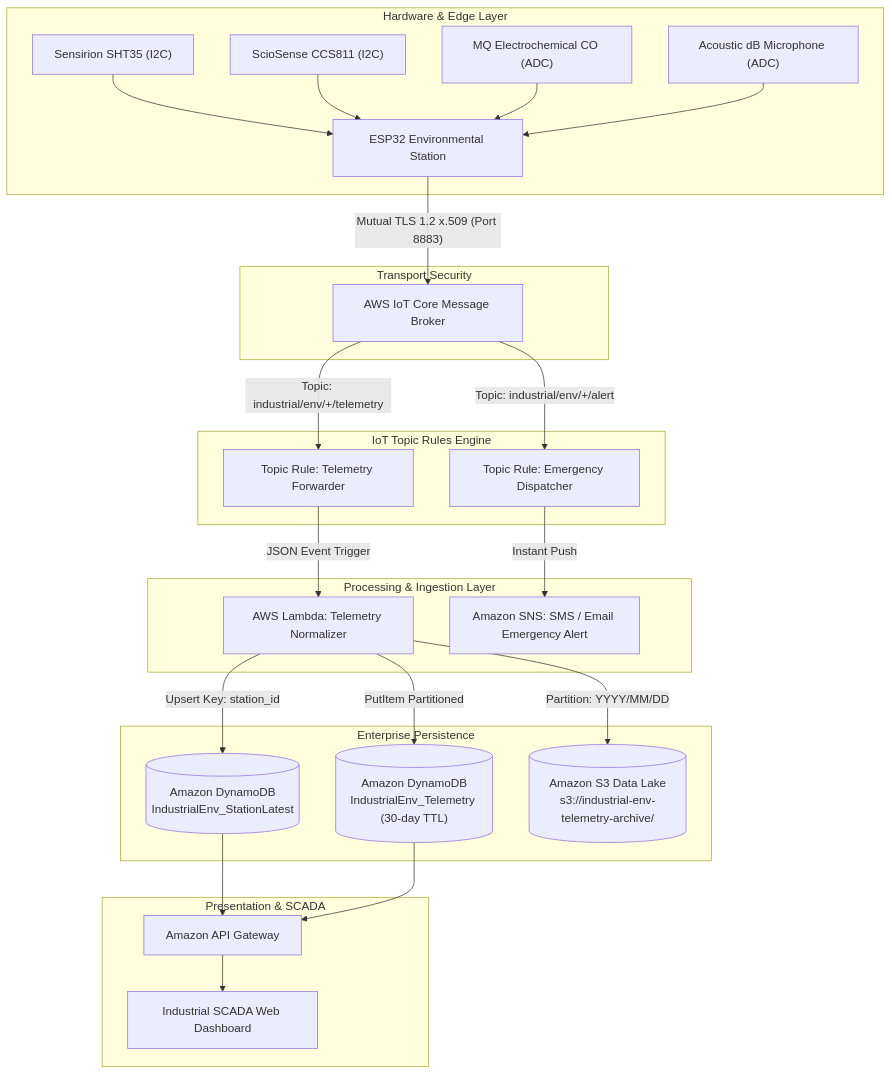
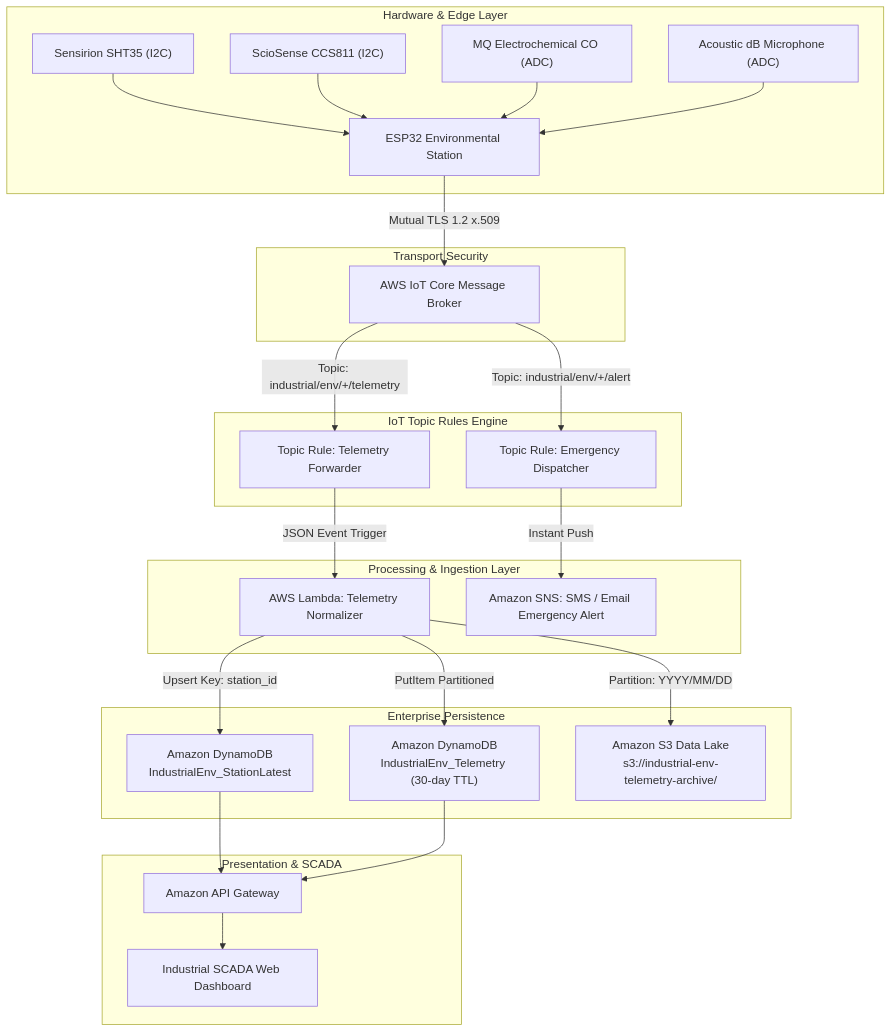
The diagram in cloud/ARCHITECTURE.md (kadirmercan00/industrial-env-monitor), drawn with Mermaid before and after one commit. The commit also changed 1 other file, not shown here.

Commit message:
fix(docs): fix mermaid diagram syntax for GitHub markdown parser

````diff
--- a/cloud/ARCHITECTURE.md
+++ b/cloud/ARCHITECTURE.md
@@ -9,41 +9,41 @@
 ```mermaid
 flowchart TD
     subgraph Edge ["Hardware & Edge Layer"]
         ESP32["ESP32 Environmental Station"]
         SHT35["Sensirion SHT35 (I2C)"]
         CCS811["ScioSense CCS811 (I2C)"]
         CO["MQ Electrochemical CO (ADC)"]
         MIC["Acoustic dB Microphone (ADC)"]
         
         SHT35 --> ESP32
         CCS811 --> ESP32
         CO --> ESP32
         MIC --> ESP32
     end
 
     subgraph Security ["Transport Security"]
-        ESP32 -->|"Mutual TLS 1.2 x.509 (Port 8883)"| AWS_IOT["AWS IoT Core Message Broker"]
+        ESP32 -->|"Mutual TLS 1.2 x.509"| AWS_IOT["AWS IoT Core Message Broker"]
     end
 
     subgraph Rules ["IoT Topic Rules Engine"]
         AWS_IOT -->|"Topic: industrial/env/+/telemetry"| RULE1["Topic Rule: Telemetry Forwarder"]
         AWS_IOT -->|"Topic: industrial/env/+/alert"| RULE2["Topic Rule: Emergency Dispatcher"]
     end
 
     subgraph Serverless ["Processing & Ingestion Layer"]
         RULE1 -->|"JSON Event Trigger"| LAMBDA["AWS Lambda: Telemetry Normalizer"]
         RULE2 -->|"Instant Push"| SNS_EMERGENCY["Amazon SNS: SMS / Email Emergency Alert"]
     end
 
     subgraph Storage ["Enterprise Persistence"]
-        LAMBDA -->|"PutItem Partitioned"| DYNAMO_TS[("Amazon DynamoDB\nIndustrialEnv_Telemetry (30-day TTL)")]
-        LAMBDA -->|"Upsert Key: station_id"| DYNAMO_LATEST[("Amazon DynamoDB\nIndustrialEnv_StationLatest")]
-        LAMBDA -->|"Partition: YYYY/MM/DD"| S3_COLD[("Amazon S3 Data Lake\ns3://industrial-env-telemetry-archive/")]
+        LAMBDA -->|"PutItem Partitioned"| DYNAMO_TS["Amazon DynamoDB<br/>IndustrialEnv_Telemetry (30-day TTL)"]
+        LAMBDA -->|"Upsert Key: station_id"| DYNAMO_LATEST["Amazon DynamoDB<br/>IndustrialEnv_StationLatest"]
+        LAMBDA -->|"Partition: YYYY/MM/DD"| S3_COLD["Amazon S3 Data Lake<br/>s3://industrial-env-telemetry-archive/"]
     end
 
     subgraph Presentation ["Presentation & SCADA"]
         DYNAMO_LATEST --> APIGW["Amazon API Gateway"]
         DYNAMO_TS --> APIGW
         APIGW --> WEB["Industrial SCADA Web Dashboard"]
     end
 ```
````
